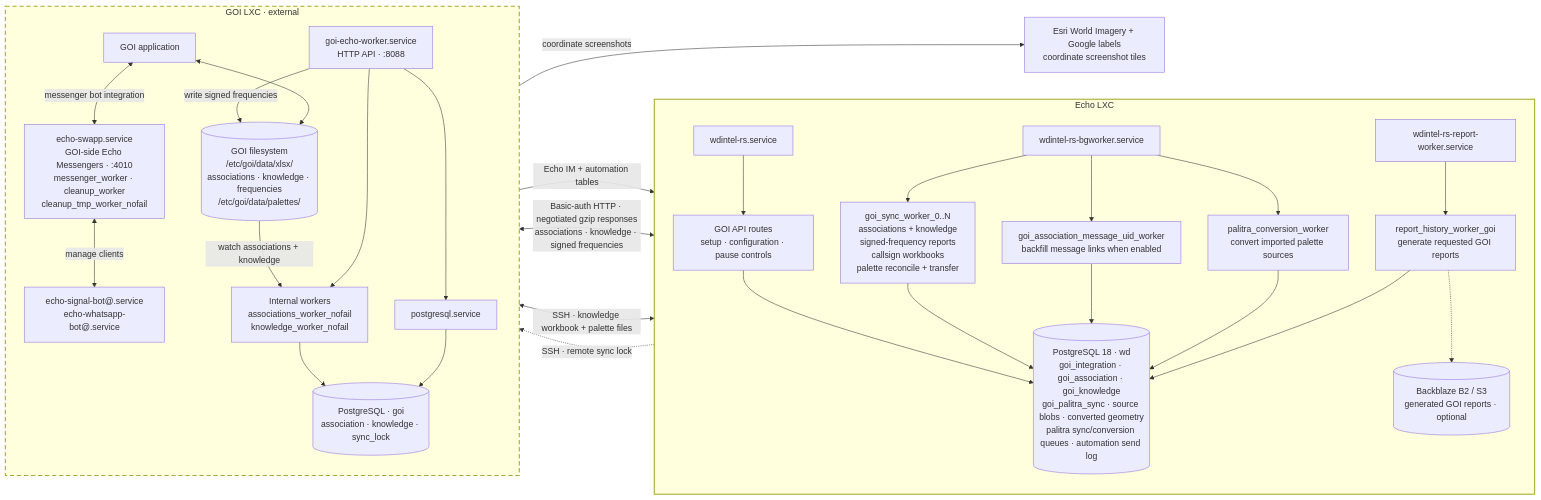
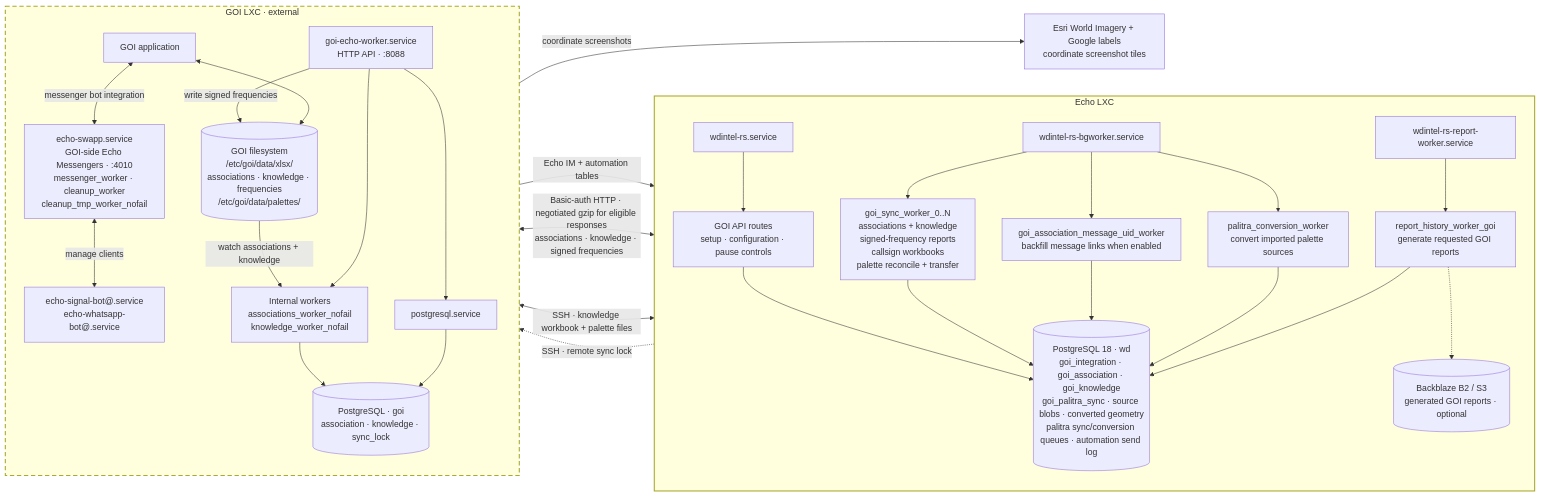
One commit to murczyk/echo changed the sixth of 7 diagrams in docs/README.md. Above: the diagram before and after it, drawn with Mermaid. The commit also changed other lines of this file and 1 other file, not shown here.

Commit message:
Excluded GOI ZIP and XLSX responses from redundant gzip compression

````diff
--- a/docs/README.md
+++ b/docs/README.md
@@ -470,63 +471,63 @@
 ```mermaid
 flowchart LR
     subgraph echo_lxc["Echo LXC"]
         direction TB
         api["wdintel-rs.service"]
         bg["wdintel-rs-bgworker.service"]
         reports["wdintel-rs-report-worker.service"]
 
         routes["GOI API routes<br/>setup · configuration · pause controls"]
         sync["goi_sync_worker_0..N<br/>associations + knowledge<br/>signed-frequency reports<br/>callsign workbooks<br/>palette reconcile + transfer"]
         message_uid["goi_association_message_uid_worker<br/>backfill message links when enabled"]
         conversion["palitra_conversion_worker<br/>convert imported palette sources"]
         report["report_history_worker_goi<br/>generate requested GOI reports"]
         echo_pg[("PostgreSQL 18 · wd<br/>goi_integration · goi_association · goi_knowledge<br/>goi_palitra_sync · source blobs · converted geometry<br/>palitra sync/conversion queues · automation send log")]
         report_store[("Backblaze B2 / S3<br/>generated GOI reports · optional")]
 
         api --> routes
         bg --> sync
         bg --> message_uid
         bg --> conversion
         reports --> report
 
         routes --> echo_pg
         sync --> echo_pg
         message_uid --> echo_pg
         conversion --> echo_pg
         report --> echo_pg
         report -.-> report_store
     end
 
     subgraph goi_lxc["GOI LXC · external"]
         direction TB
         goi_app["GOI application"]
         goi_worker["goi-echo-worker.service<br/>HTTP API · :8088"]
         echo_swapp["echo-swapp.service<br/>GOI-side Echo Messengers · :4010<br/>messenger_worker · cleanup_worker<br/>cleanup_tmp_worker_nofail"]
         messenger_clients["echo-signal-bot@.service<br/>echo-whatsapp-bot@.service"]
         goi_watchers["Internal workers<br/>associations_worker_nofail<br/>knowledge_worker_nofail"]
         goi_postgres["postgresql.service"]
         goi_pg[("PostgreSQL · goi<br/>association · knowledge · sync_lock")]
         goi_files[("GOI filesystem<br/>/etc/goi/data/xlsx/<br/>associations · knowledge · frequencies<br/>/etc/goi/data/palettes/")]
 
         goi_app <--> goi_files
         goi_app <-->|messenger bot integration| echo_swapp
         echo_swapp <-->|manage clients| messenger_clients
         goi_worker --> goi_watchers
         goi_worker --> goi_postgres
         goi_postgres --> goi_pg
         goi_watchers --> goi_pg
         goi_files -->|watch associations + knowledge| goi_watchers
         goi_worker -->|write signed frequencies| goi_files
     end
 
     map_tiles["Esri World Imagery + Google labels<br/>coordinate screenshot tiles"]
     echo_swapp -->|coordinate screenshots| map_tiles
 
-    sync <-->|Basic-auth HTTP · negotiated gzip responses<br/>associations · knowledge · signed frequencies| goi_worker
+    sync <-->|Basic-auth HTTP · negotiated gzip for eligible responses<br/>associations · knowledge · signed frequencies| goi_worker
     sync <-->|SSH · knowledge workbook + palette files| goi_files
     sync -.->|SSH · remote sync lock| goi_pg
     echo_swapp -->|Echo IM + automation tables| echo_pg
 
     style echo_lxc stroke-width:2px
     style goi_lxc stroke-width:2px,stroke-dasharray:8 5
 ```
````
